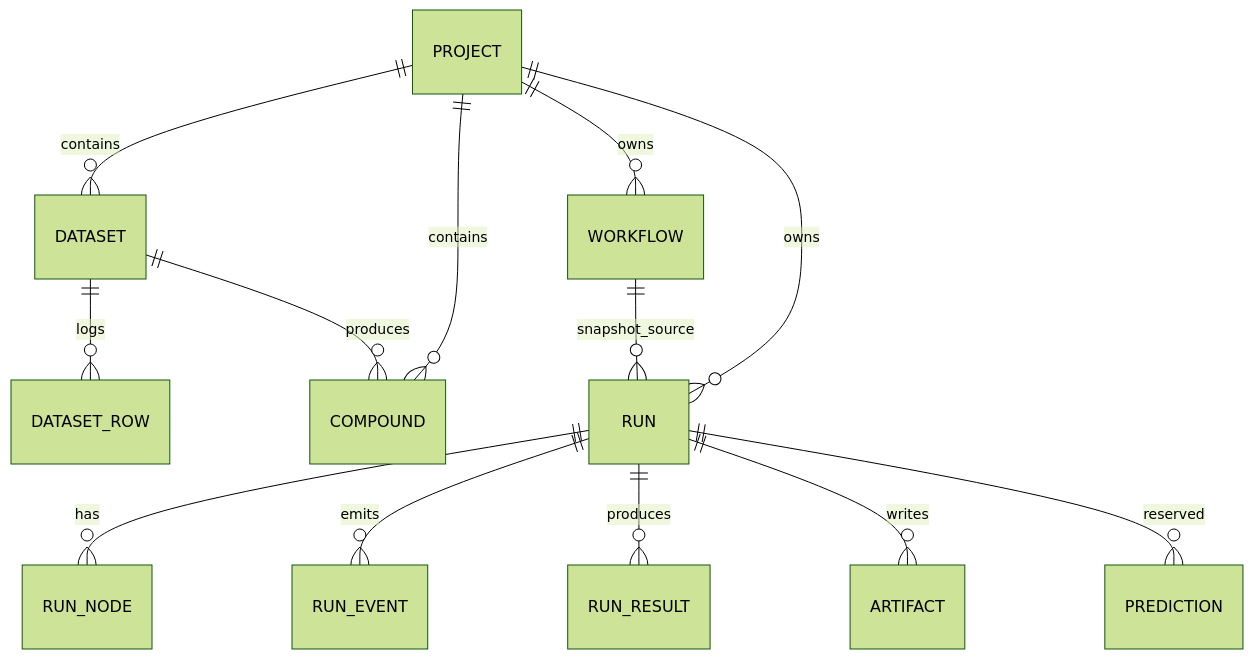
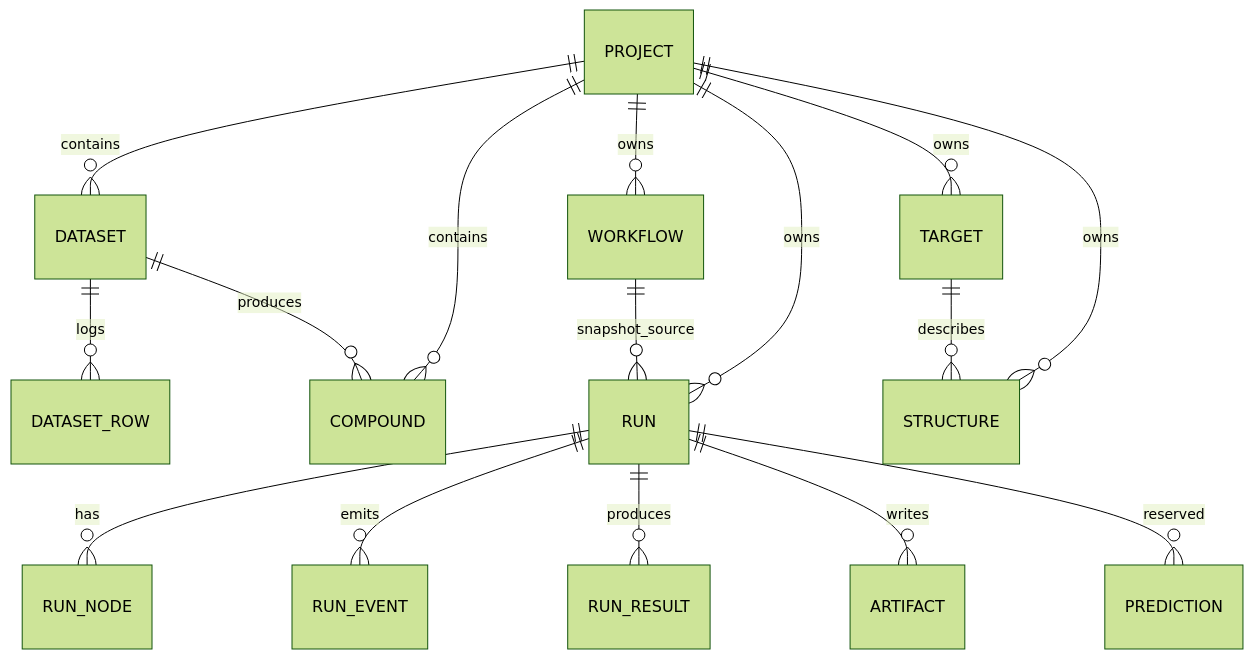
One commit to timfromhcs/hcs-discovery-studio changed the diagram in docs/architecture/DATA_MODEL.md. Above: the diagram before and after it, drawn with Mermaid (forest theme). The commit also changed other lines of this file and 17 other files, not shown here.

First line of the commit message:
feat(targets): target and structure records with provenance, checksums and inspection

````diff
--- a/docs/architecture/DATA_MODEL.md
+++ b/docs/architecture/DATA_MODEL.md
@@ -28,15 +28,18 @@
 ```mermaid
 erDiagram
     PROJECT ||--o{ DATASET : contains
     PROJECT ||--o{ COMPOUND : contains
     PROJECT ||--o{ WORKFLOW : owns
     PROJECT ||--o{ RUN : owns
+    PROJECT ||--o{ TARGET : owns
+    PROJECT ||--o{ STRUCTURE : owns
+    TARGET ||--o{ STRUCTURE : describes
     DATASET ||--o{ DATASET_ROW : logs
     DATASET ||--o{ COMPOUND : produces
     WORKFLOW ||--o{ RUN : snapshot_source
     RUN ||--o{ RUN_NODE : has
     RUN ||--o{ RUN_EVENT : emits
     RUN ||--o{ RUN_RESULT : produces
     RUN ||--o{ ARTIFACT : writes
     RUN ||--o{ PREDICTION : reserved
 ```
````
